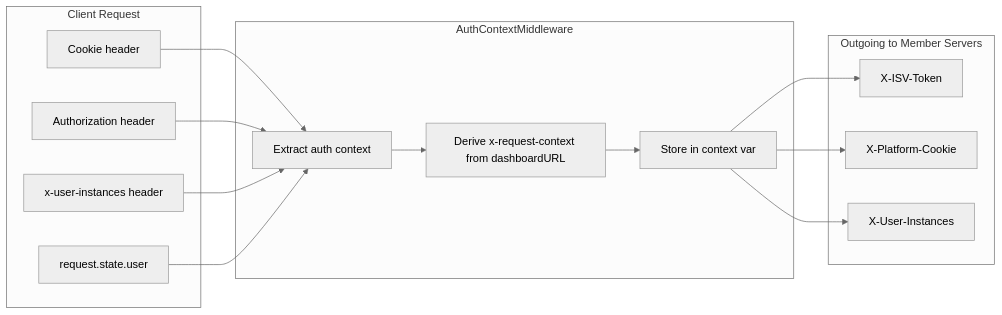
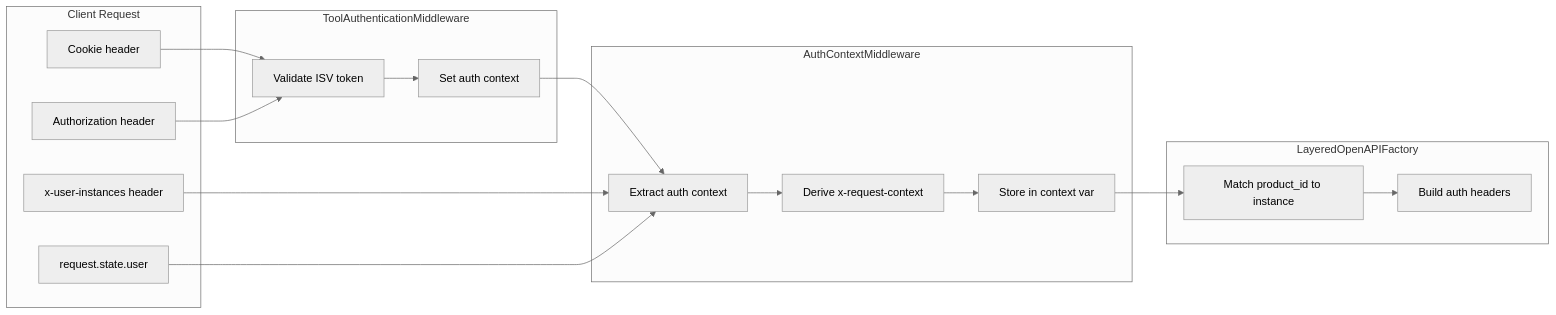
The diagram in docs/guide/auth-context-middleware.md (IBM/mcp-composer), drawn with Mermaid (neutral theme) before and after one commit. The commit also changed other lines of this file and 9 other files, not shown here.

````diff
--- a/docs/guide/auth-context-middleware.md
+++ b/docs/guide/auth-context-middleware.md
@@ -7,31 +9,36 @@
 ```mermaid
 flowchart LR
     subgraph Client [Client Request]
         Cookie[Cookie header]
         Auth[Authorization header]
         XUI[x-user-instances header]
         User[request.state.user]
     end
 
-    subgraph Middleware [AuthContextMiddleware]
-        Extract[Extract auth context]
-        Store[Store in context var]
-        Derive[Derive x-request-context from dashboardURL]
+    subgraph ToolAuth [ToolAuthenticationMiddleware]
+        Validate[Validate ISV token]
+        SetCtx1[Set auth context]
     end
 
-    subgraph Outgoing [Outgoing to Member Servers]
-        XISV[X-ISV-Token]
-        XPC[X-Platform-Cookie]
-        XUIOut[X-User-Instances]
+    subgraph AuthCtx [AuthContextMiddleware]
+        Extract[Extract auth context]
+        Derive[Derive x-request-context]
+        SetCtx2[Store in context var]
     end
 
-    Cookie --> Extract
-    Auth --> Extract
+    subgraph Tool [LayeredOpenAPIFactory]
+        Match[Match product_id to instance]
+        Headers[Build auth headers]
+    end
+
+    Cookie --> Validate
+    Auth --> Validate
+    Validate --> SetCtx1
+    SetCtx1 --> Extract
     XUI --> Extract
     User --> Extract
     Extract --> Derive
-    Derive --> Store
-    Store --> XISV
-    Store --> XPC
-    Store --> XUIOut
+    Derive --> SetCtx2
+    SetCtx2 --> Match
+    Match --> Headers
 ```
````
